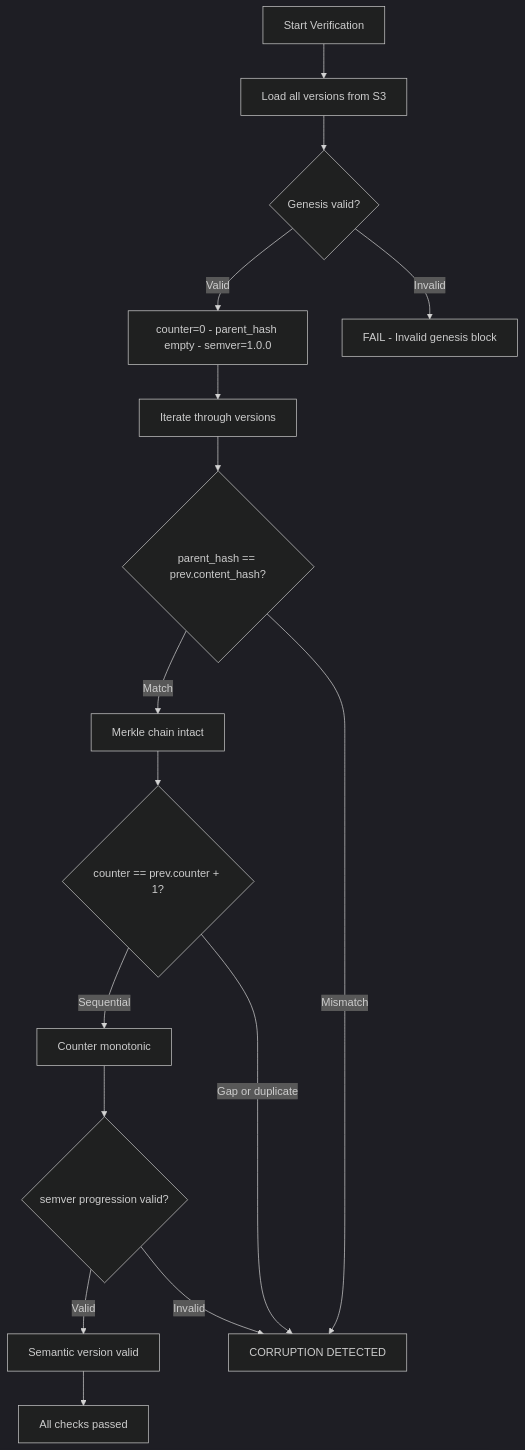
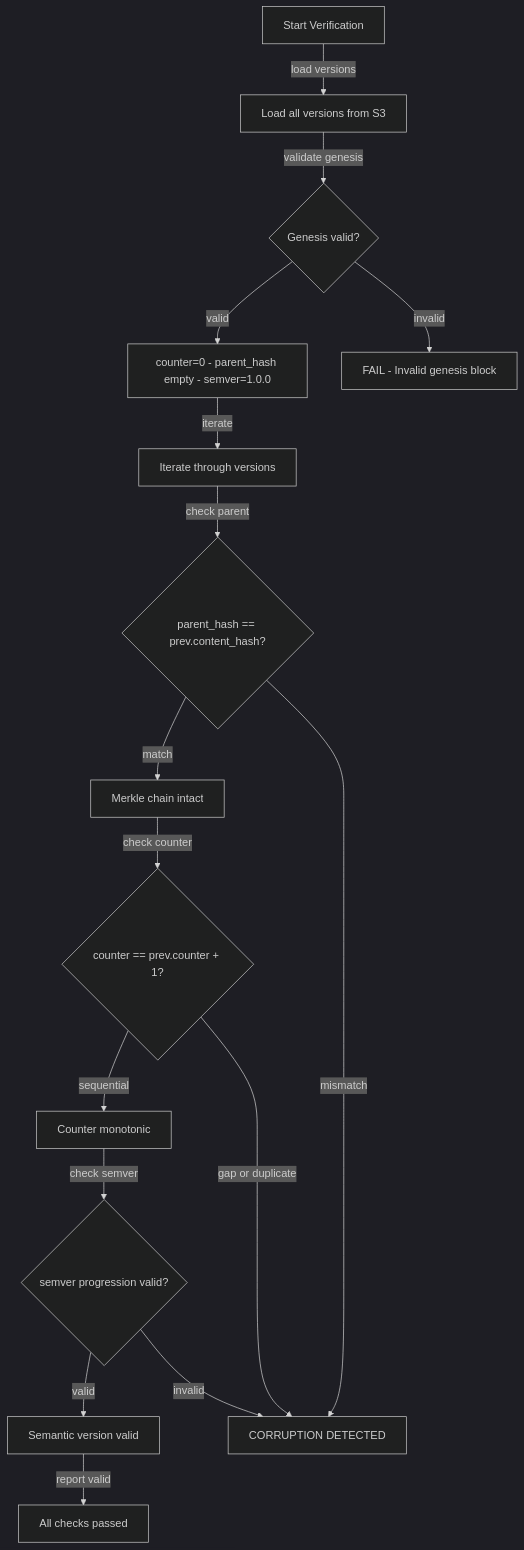
One commit to Tuee22/SpectralMC changed the third of 3 diagrams in documents/engineering/blockchain_storage.md. Above: the diagram before and after it, drawn with Mermaid (dark theme). The commit also changed other lines of this file and 28 other files, not shown here.

````diff
--- a/documents/engineering/blockchain_storage.md
+++ b/documents/engineering/blockchain_storage.md
@@ -226,36 +239,36 @@
 ```mermaid
 flowchart TB
   Start[Start Verification]
   LoadVersions[Load all versions from S3]
   CheckGenesis{Genesis valid?}
   GenesisOK[counter=0 - parent_hash empty - semver=1.0.0]
   GenesisFail[FAIL - Invalid genesis block]
 
   IterateVersions[Iterate through versions]
   CheckParentHash{parent_hash == prev.content_hash?}
   CheckCounter{counter == prev.counter + 1?}
   CheckSemver{semver progression valid?}
 
   ParentHashOK[Merkle chain intact]
   CounterOK[Counter monotonic]
   SemverOK[Semantic version valid]
 
   AllValid[All checks passed]
   CorruptionFound[CORRUPTION DETECTED]
 
-  Start --> LoadVersions
-  LoadVersions --> CheckGenesis
-  CheckGenesis -->|Valid| GenesisOK
-  CheckGenesis -->|Invalid| GenesisFail
-  GenesisOK --> IterateVersions
-  IterateVersions --> CheckParentHash
-  CheckParentHash -->|Match| ParentHashOK
-  CheckParentHash -->|Mismatch| CorruptionFound
-  ParentHashOK --> CheckCounter
-  CheckCounter -->|Sequential| CounterOK
-  CheckCounter -->|Gap or duplicate| CorruptionFound
-  CounterOK --> CheckSemver
-  CheckSemver -->|Valid| SemverOK
-  CheckSemver -->|Invalid| CorruptionFound
-  SemverOK --> AllValid
+  Start -->|load versions| LoadVersions
+  LoadVersions -->|validate genesis| CheckGenesis
+  CheckGenesis -->|valid| GenesisOK
+  CheckGenesis -->|invalid| GenesisFail
+  GenesisOK -->|iterate| IterateVersions
+  IterateVersions -->|check parent| CheckParentHash
+  CheckParentHash -->|match| ParentHashOK
+  CheckParentHash -->|mismatch| CorruptionFound
+  ParentHashOK -->|check counter| CheckCounter
+  CheckCounter -->|sequential| CounterOK
+  CheckCounter -->|gap or duplicate| CorruptionFound
+  CounterOK -->|check semver| CheckSemver
+  CheckSemver -->|valid| SemverOK
+  CheckSemver -->|invalid| CorruptionFound
+  SemverOK -->|report valid| AllValid
 ```
````
